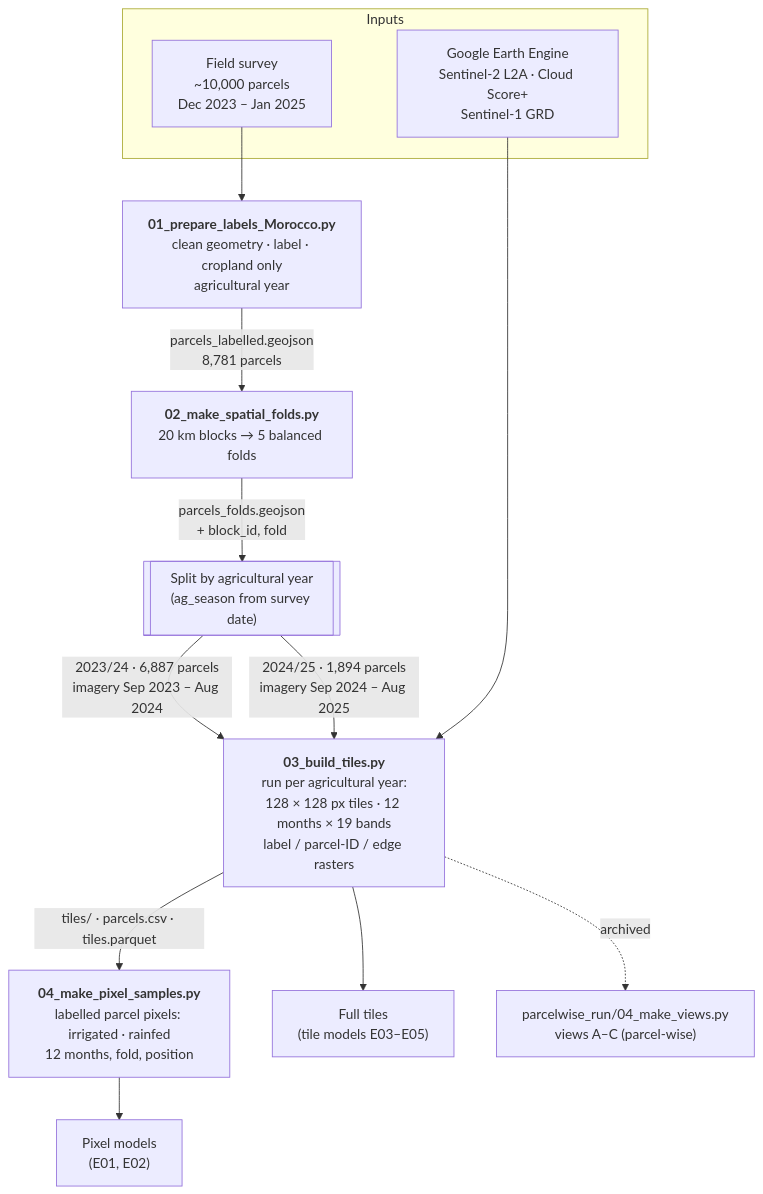
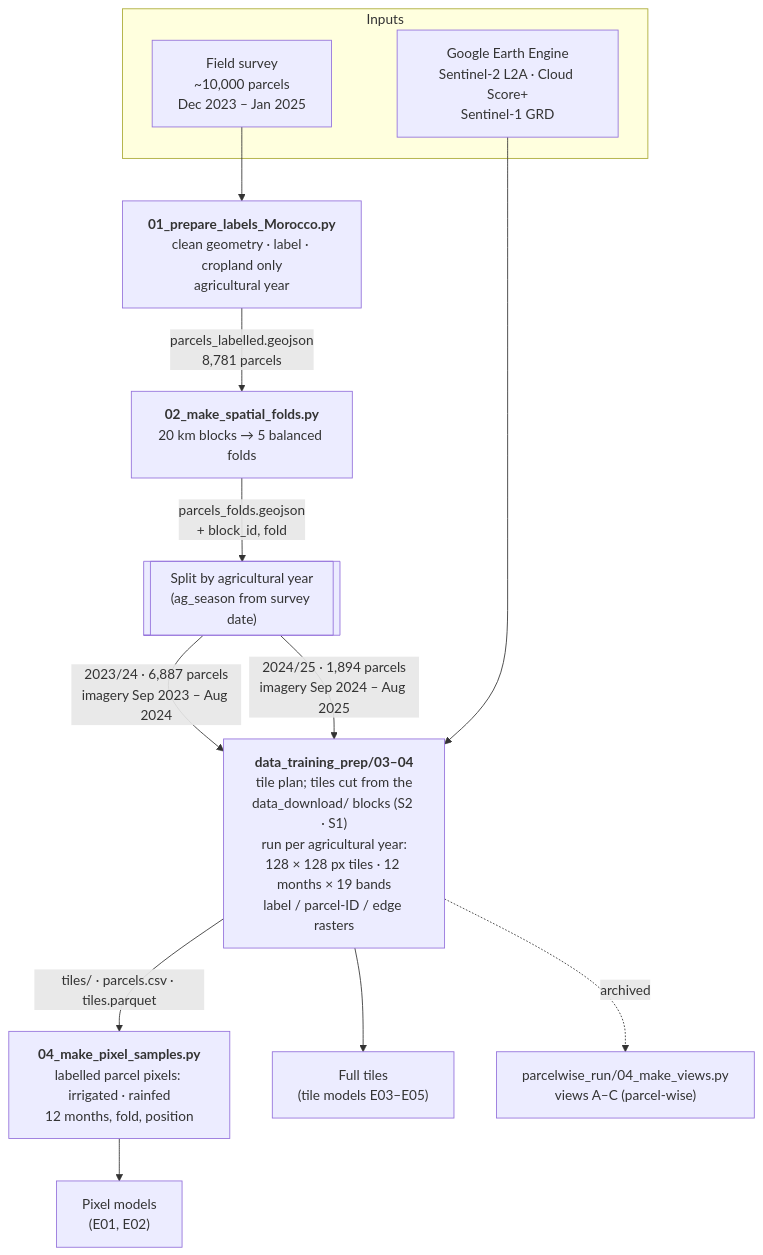
One commit to amanchry/irrimapping-geofm changed the first of 10 diagrams in docs/phase1_data/morocco.md. Above: the diagram before and after it, drawn with Mermaid. The commit also changed other lines of this file and 129 other files, not shown here.

First line of the commit message:
Data download on 10.24 km blocks (Dynamic World cropland first) and data_training_prep folder

````diff
--- a/docs/phase1_data/morocco.md
+++ b/docs/phase1_data/morocco.md
@@ -33,18 +33,18 @@
 ```mermaid
 flowchart TD
     subgraph IN["Inputs"]
         FS["Field survey<br/>~10,000 parcels<br/>Dec 2023 – Jan 2025"]
         GEE["Google Earth Engine<br/>Sentinel-2 L2A · Cloud Score+<br/>Sentinel-1 GRD"]
     end
 
     FS --> S01["<b>01_prepare_labels_Morocco.py</b><br/>clean geometry · label · cropland only<br/>agricultural year"]
     S01 -->|"parcels_labelled.geojson<br/>8,781 parcels"| S02["<b>02_make_spatial_folds.py</b><br/>20 km blocks → 5 balanced folds"]
     S02 -->|"parcels_folds.geojson<br/>+ block_id, fold"| SPLIT[["Split by agricultural year<br/>(ag_season from survey date)"]]
-    SPLIT -->|"2023/24 · 6,887 parcels<br/>imagery Sep 2023 – Aug 2024"| S03["<b>03_build_tiles.py</b><br/>run per agricultural year:<br/>128 × 128 px tiles · 12 months × 19 bands<br/>label / parcel-ID / edge rasters"]
+    SPLIT -->|"2023/24 · 6,887 parcels<br/>imagery Sep 2023 – Aug 2024"| S03["<b>data_training_prep/03–04</b><br/>tile plan; tiles cut from the<br/>data_download/ blocks (S2 · S1)<br/>run per agricultural year:<br/>128 × 128 px tiles · 12 months × 19 bands<br/>label / parcel-ID / edge rasters"]
     SPLIT -->|"2024/25 · 1,894 parcels<br/>imagery Sep 2024 – Aug 2025"| S03
     GEE --> S03
     S03 -->|"tiles/ · parcels.csv · tiles.parquet"| S04["<b>04_make_pixel_samples.py</b><br/>labelled parcel pixels: irrigated · rainfed<br/>12 months, fold, position"]
     S04 --> PX["Pixel models<br/>(E01, E02)"]
     S03 --> VD["Full tiles<br/>(tile models E03–E05)"]
     S03 -.->|"archived"| S04A["parcelwise_run/04_make_views.py<br/>views A–C (parcel-wise)"]
 ```
````
